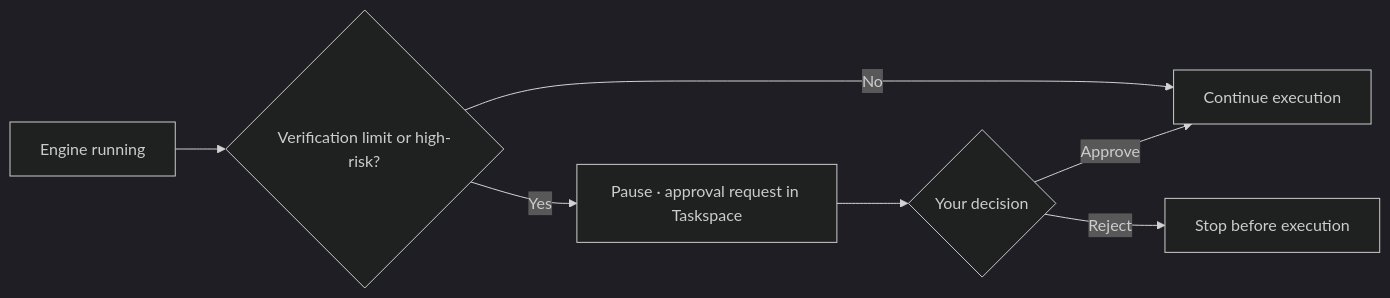
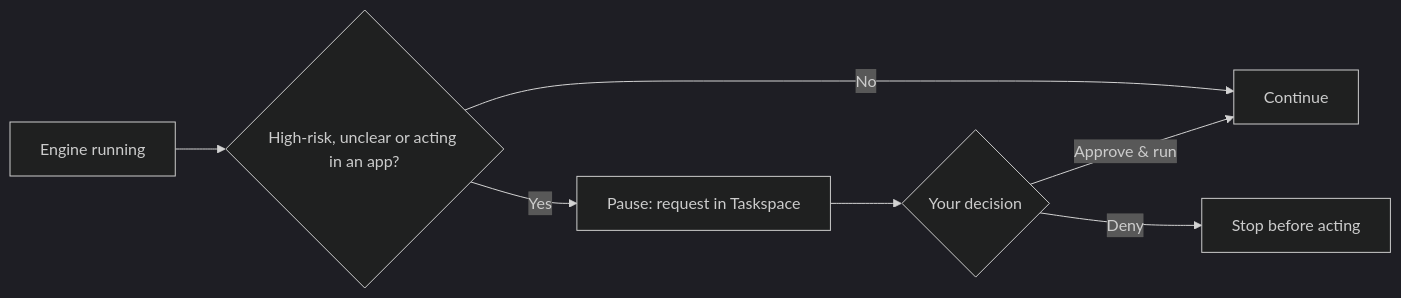
The fifth of 9 diagrams in Aselius Platform Documentations/aselius-workspace.md (Beunec/beunec-site-staging), drawn with Mermaid (dark theme) before and after one commit. The commit also changed other lines of this file and 99 other files, not shown here.

````diff
--- a/Aselius Platform Documentations/aselius-workspace.md
+++ b/Aselius Platform Documentations/aselius-workspace.md
@@ -312,9 +172,9 @@
 ```mermaid
 flowchart LR
-    RUN["Engine running"] --> CHK{"Verification limit or high-risk?"}
-    CHK -->|"No"| CONT["Continue execution"]
-    CHK -->|"Yes"| PAUSE["Pause · approval request in Taskspace"]
+    RUN["Engine running"] --> CHK{"High-risk, unclear or acting in an app?"}
+    CHK -->|"No"| CONT["Continue"]
+    CHK -->|"Yes"| PAUSE["Pause: request in Taskspace"]
     PAUSE --> DEC{"Your decision"}
-    DEC -->|"Approve"| CONT
-    DEC -->|"Reject"| STOP["Stop before execution"]
+    DEC -->|"Approve & run"| CONT
+    DEC -->|"Deny"| STOP["Stop before acting"]
 ```
````
